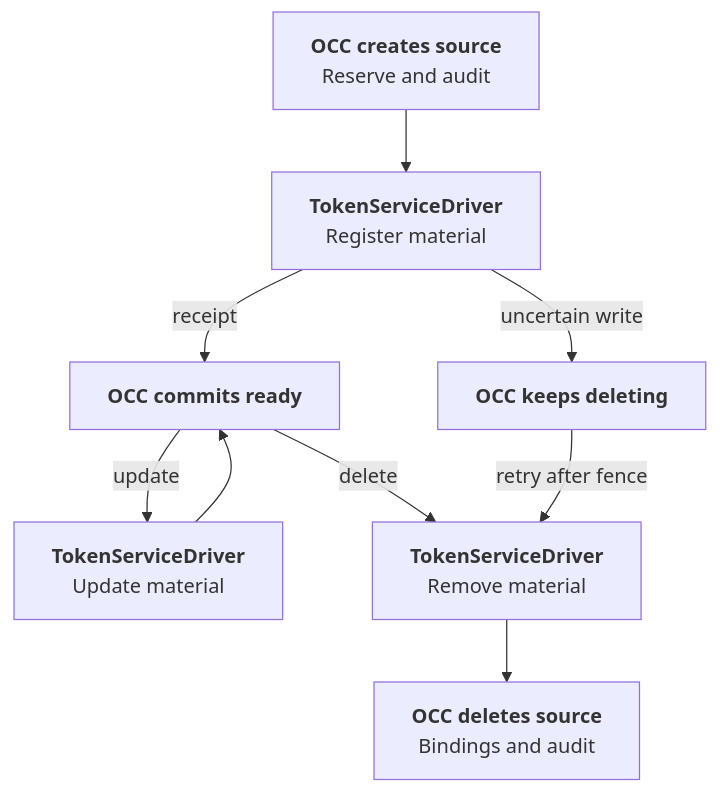
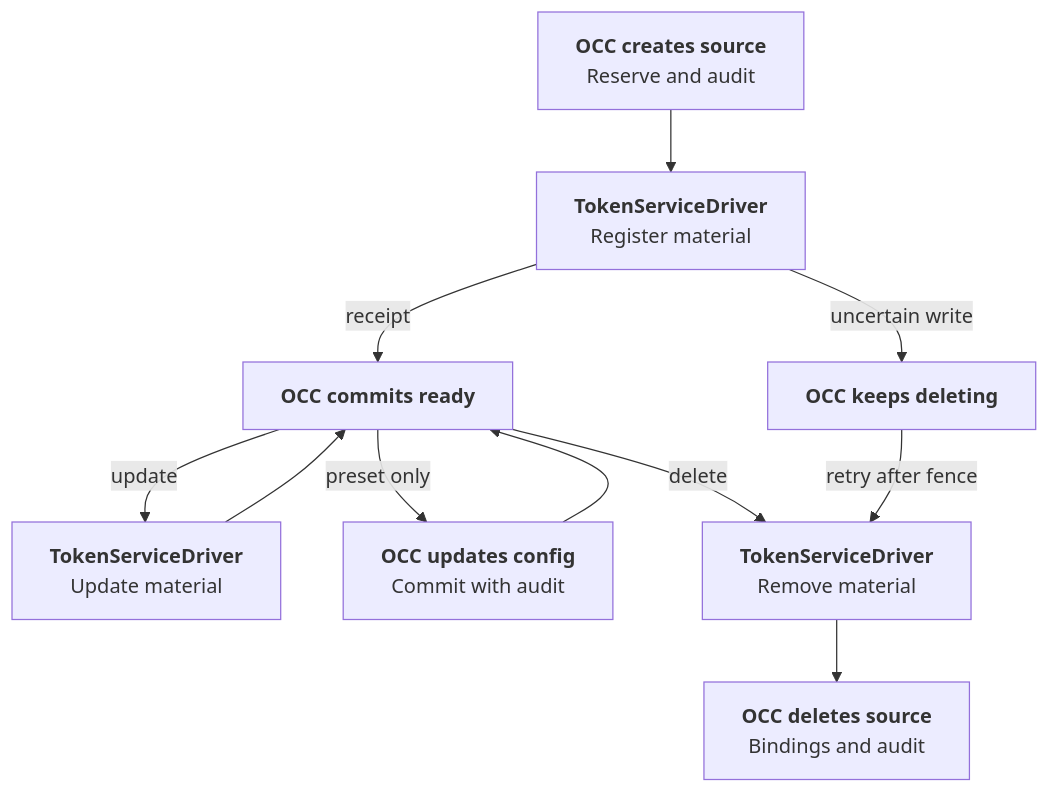
The diagram in docs/flows/token-service-static-custody.md (openclaw/openclaw-enterprise), drawn with Mermaid before and after one commit. The commit also changed other lines of this file and 5 other files, not shown here.

````diff
--- a/docs/flows/token-service-static-custody.md
+++ b/docs/flows/token-service-static-custody.md
@@ -28,11 +30,13 @@
 ```mermaid
 graph TD
   A["<b>OCC creates source</b><br/>Reserve and audit"] --> B["<b>TokenServiceDriver</b><br/>Register material"]
   B -->|receipt| C["<b>OCC commits ready</b>"]
   B -->|uncertain write| D["<b>OCC keeps deleting</b>"]
   C -->|update| E["<b>TokenServiceDriver</b><br/>Update material"]
   E --> C
+  C -->|preset only| H["<b>OCC updates config</b><br/>Commit with audit"]
+  H --> C
   C -->|delete| F["<b>TokenServiceDriver</b><br/>Remove material"]
   D -->|retry after fence| F
   F --> G["<b>OCC deletes source</b><br/>Bindings and audit"]
 ```
````
